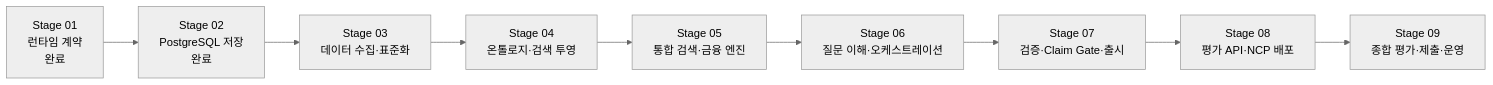
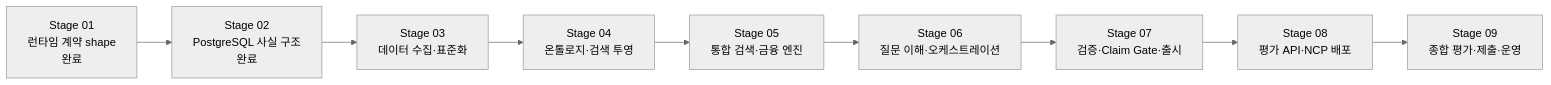
One commit to wodnjsv/financial-product-analyst changed the diagram in docs/planning/ROADMAP.md. Above: the diagram before and after it, drawn with Mermaid (neutral theme). The commit also changed other lines of this file and 21 other files, not shown here.

````diff
--- a/docs/planning/ROADMAP.md
+++ b/docs/planning/ROADMAP.md
@@ -30,11 +30,11 @@
 ```mermaid
 flowchart LR
-    S01["Stage 01<br/>런타임 계약<br/>완료"] --> S02["Stage 02<br/>PostgreSQL 저장<br/>완료"]
+    S01["Stage 01<br/>런타임 계약 shape<br/>완료"] --> S02["Stage 02<br/>PostgreSQL 사실 구조<br/>완료"]
     S02 --> S03["Stage 03<br/>데이터 수집·표준화"]
     S03 --> S04["Stage 04<br/>온톨로지·검색 투영"]
     S04 --> S05["Stage 05<br/>통합 검색·금융 엔진"]
     S05 --> S06["Stage 06<br/>질문 이해·오케스트레이션"]
     S06 --> S07["Stage 07<br/>검증·Claim Gate·출시"]
     S07 --> S08["Stage 08<br/>평가 API·NCP 배포"]
     S08 --> S09["Stage 09<br/>종합 평가·제출·운영"]
 ```
````
